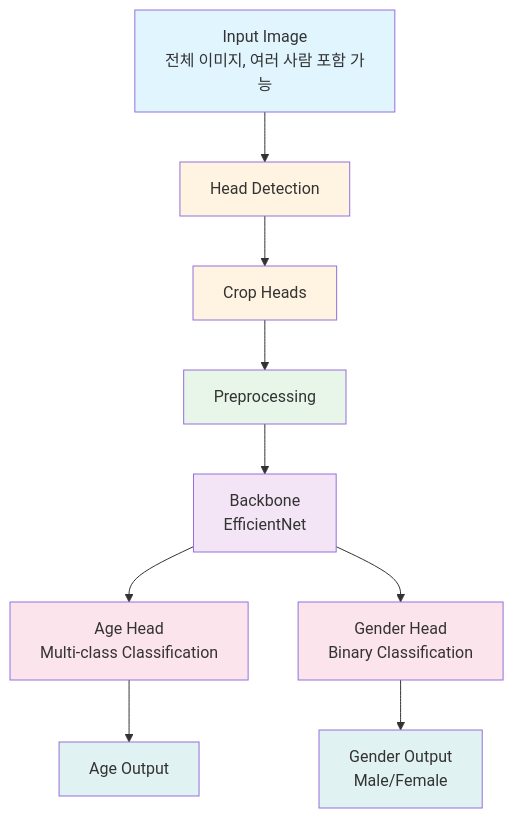
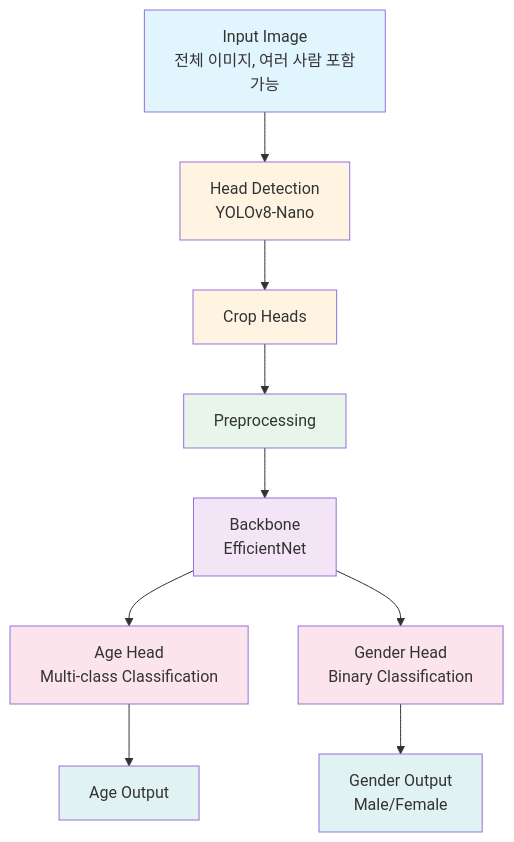
Before and after one commit to yong-again/portfolio: the diagram in age_gender_estimation/README.md, drawn with Mermaid. The commit also changed other lines of this file and 2 other files, not shown here.

Commit message:
[EDIT] README.md

````diff
--- a/age_gender_estimation/README.md
+++ b/age_gender_estimation/README.md
@@ -31,21 +31,21 @@
 ```mermaid
 graph TD
-    A[Input Image<br/>전체 이미지, 여러 사람 포함 가능] --> B[Head Detection]
+    A[Input Image<br/>전체 이미지, 여러 사람 포함<br/>가능] --> B[Head Detection<br>YOLOv8-Nano]
     B --> C[Crop Heads]
     C --> D[Preprocessing]
     D --> E[Backbone<br/>EfficientNet]
     E --> F[Age Head<br/>Multi-class Classification]
     E --> G[Gender Head<br/>Binary Classification]
     F --> H[Age Output]
     G --> I[Gender Output<br/>Male/Female]
     
     style A fill:#e1f5ff
     style B fill:#fff4e1
     style C fill:#fff4e1
     style D fill:#e8f5e9
     style E fill:#f3e5f5
     style F fill:#fce4ec
     style G fill:#fce4ec
     style H fill:#e0f2f1
     style I fill:#e0f2f1
 ```
````
